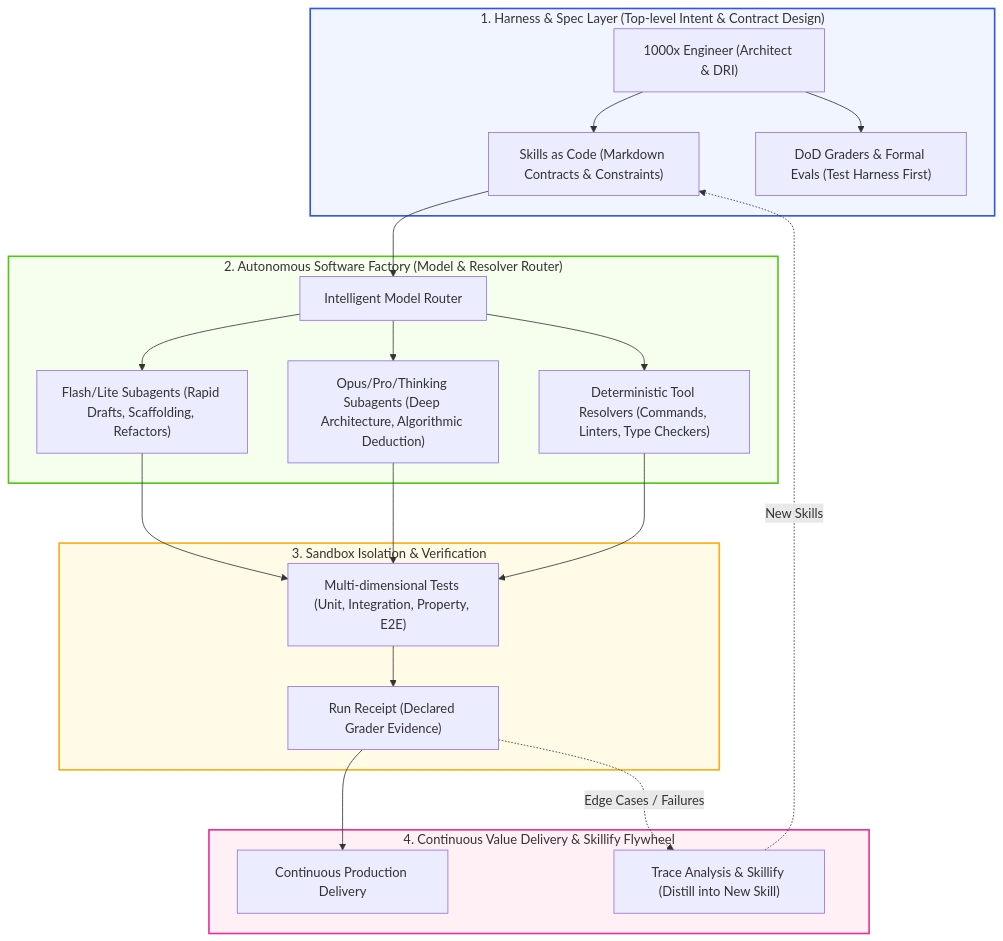
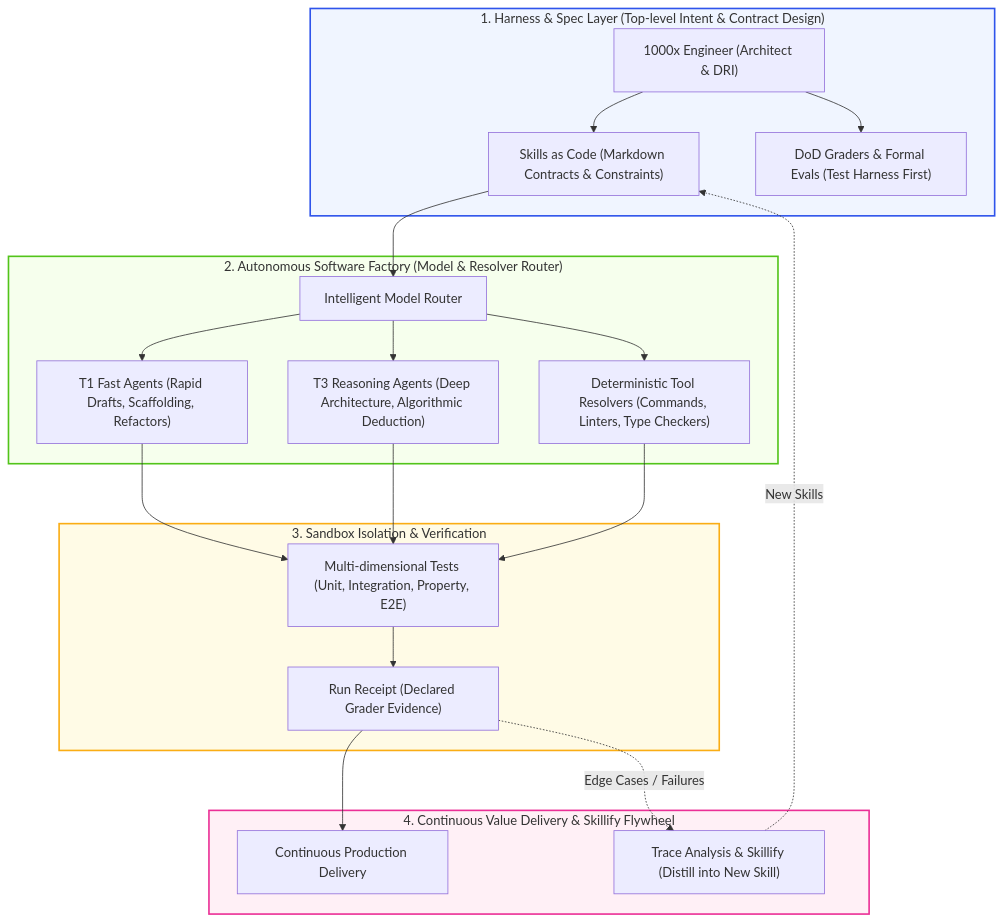
Before and after one commit to Mark393295827/1000x-engineer-skills: the diagram in 1000x-engineer.md, drawn with Mermaid. The commit also changed other lines of this file and 91 other files, not shown here.

````diff
--- a/1000x-engineer.md
+++ b/1000x-engineer.md
@@ -69,36 +69,36 @@
 ```mermaid
 flowchart TD
     subgraph Layer1 ["1. Harness & Spec Layer (Top-level Intent & Contract Design)"]
         H1["1000x Engineer (Architect & DRI)"]
         H2["Skills as Code (Markdown Contracts & Constraints)"]
         H3["DoD Graders & Formal Evals (Test Harness First)"]
         H1 --> H2 & H3
     end
 
     subgraph Layer2 ["2. Autonomous Software Factory (Model & Resolver Router)"]
         R["Intelligent Model Router"]
-        S1["Flash/Lite Subagents (Rapid Drafts, Scaffolding, Refactors)"]
-        S2["Opus/Pro/Thinking Subagents (Deep Architecture, Algorithmic Deduction)"]
+        S1["T1 Fast Agents (Rapid Drafts, Scaffolding, Refactors)"]
+        S2["T3 Reasoning Agents (Deep Architecture, Algorithmic Deduction)"]
         S3["Deterministic Tool Resolvers (Commands, Linters, Type Checkers)"]
         H2 --> R
         R --> S1 & S2 & S3
     end
 
     subgraph Layer3 ["3. Sandbox Isolation & Verification"]
         T["Multi-dimensional Tests (Unit, Integration, Property, E2E)"]
         Rec["Run Receipt (Declared Grader Evidence)"]
         S1 & S2 & S3 --> T --> Rec
     end
 
     subgraph Layer4 ["4. Continuous Value Delivery & Skillify Flywheel"]
         Out["Continuous Production Delivery"]
         Feed["Trace Analysis & Skillify (Distill into New Skill)"]
         Rec --> Out
         Rec -.Edge Cases / Failures.-> Feed -.New Skills.-> H2
     end
 
     style Layer1 fill:#f0f5ff,stroke:#2f54eb,stroke-width:2px
     style Layer2 fill:#f6ffed,stroke:#52c41a,stroke-width:2px
     style Layer3 fill:#fffbe6,stroke:#faad14,stroke-width:2px
     style Layer4 fill:#fff0f6,stroke:#eb2f96,stroke-width:2px
 ```
````
